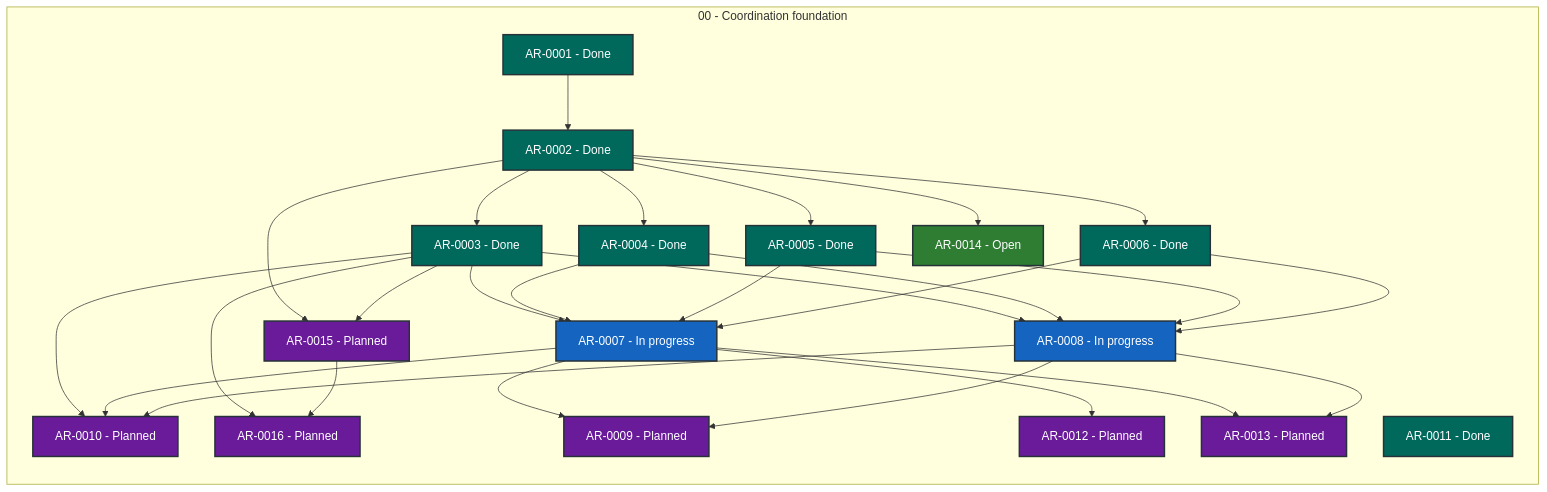
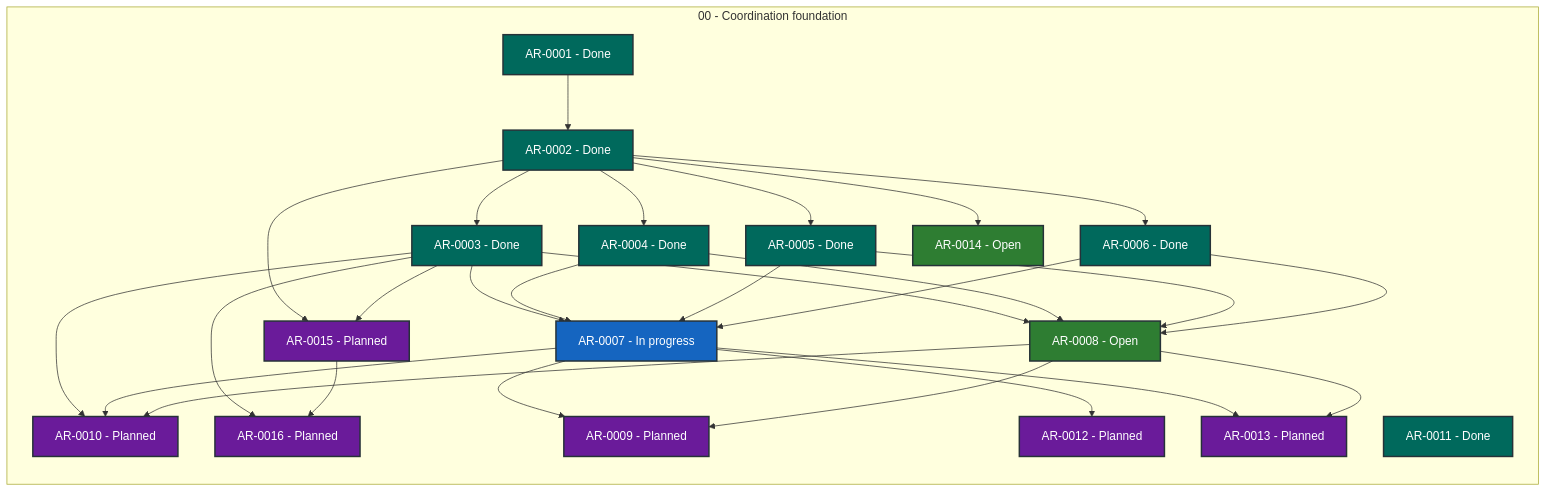
One commit to martin-beck/agent-workflow-coordinator-state changed the diagram in STATUS.md. Above: the diagram before and after it, drawn with Mermaid. The commit also changed other lines of this file and 2 other files, not shown here.

````diff
--- a/STATUS.md
+++ b/STATUS.md
@@ -27,56 +27,56 @@
 ```mermaid
 flowchart LR
     subgraph series_00["00 - Coordination foundation"]
         direction TB
         AR_0001["AR-0001 - Done"]:::status_done
         AR_0002["AR-0002 - Done"]:::status_done
         AR_0003["AR-0003 - Done"]:::status_done
         AR_0004["AR-0004 - Done"]:::status_done
         AR_0005["AR-0005 - Done"]:::status_done
         AR_0006["AR-0006 - Done"]:::status_done
         AR_0007["AR-0007 - In progress"]:::status_in_progress
-        AR_0008["AR-0008 - In progress"]:::status_in_progress
+        AR_0008["AR-0008 - Open"]:::status_open
         AR_0009["AR-0009 - Planned"]:::status_planned
         AR_0010["AR-0010 - Planned"]:::status_planned
         AR_0011["AR-0011 - Done"]:::status_done
         AR_0012["AR-0012 - Planned"]:::status_planned
         AR_0013["AR-0013 - Planned"]:::status_planned
         AR_0014["AR-0014 - Open"]:::status_open
         AR_0015["AR-0015 - Planned"]:::status_planned
         AR_0016["AR-0016 - Planned"]:::status_planned
     end
     AR_0001 --> AR_0002
     AR_0002 --> AR_0003
     AR_0002 --> AR_0004
     AR_0002 --> AR_0005
     AR_0002 --> AR_0006
     AR_0002 --> AR_0014
     AR_0002 --> AR_0015
     AR_0003 --> AR_0007
     AR_0003 --> AR_0008
     AR_0003 --> AR_0010
     AR_0003 --> AR_0015
     AR_0003 --> AR_0016
     AR_0004 --> AR_0007
     AR_0004 --> AR_0008
     AR_0005 --> AR_0007
     AR_0005 --> AR_0008
     AR_0006 --> AR_0007
     AR_0006 --> AR_0008
     AR_0007 --> AR_0009
     AR_0007 --> AR_0010
     AR_0007 --> AR_0012
     AR_0007 --> AR_0013
     AR_0008 --> AR_0009
     AR_0008 --> AR_0010
     AR_0008 --> AR_0013
     AR_0015 --> AR_0016
     classDef status_in_progress fill:#1565c0,color:#ffffff,stroke:#263238,stroke-width:2px
     classDef status_open fill:#2e7d32,color:#ffffff,stroke:#263238,stroke-width:2px
     classDef status_blocked fill:#c62828,color:#ffffff,stroke:#263238,stroke-width:2px
     classDef status_planned fill:#6a1b9a,color:#ffffff,stroke:#263238,stroke-width:2px
     classDef status_future fill:#455a64,color:#ffffff,stroke:#263238,stroke-width:2px
     classDef status_done fill:#00695c,color:#ffffff,stroke:#263238,stroke-width:2px
     classDef status_cancelled fill:#616161,color:#ffffff,stroke:#263238,stroke-width:2px
     classDef status_superseded fill:#5d4037,color:#ffffff,stroke:#263238,stroke-width:2px
 ```
````
